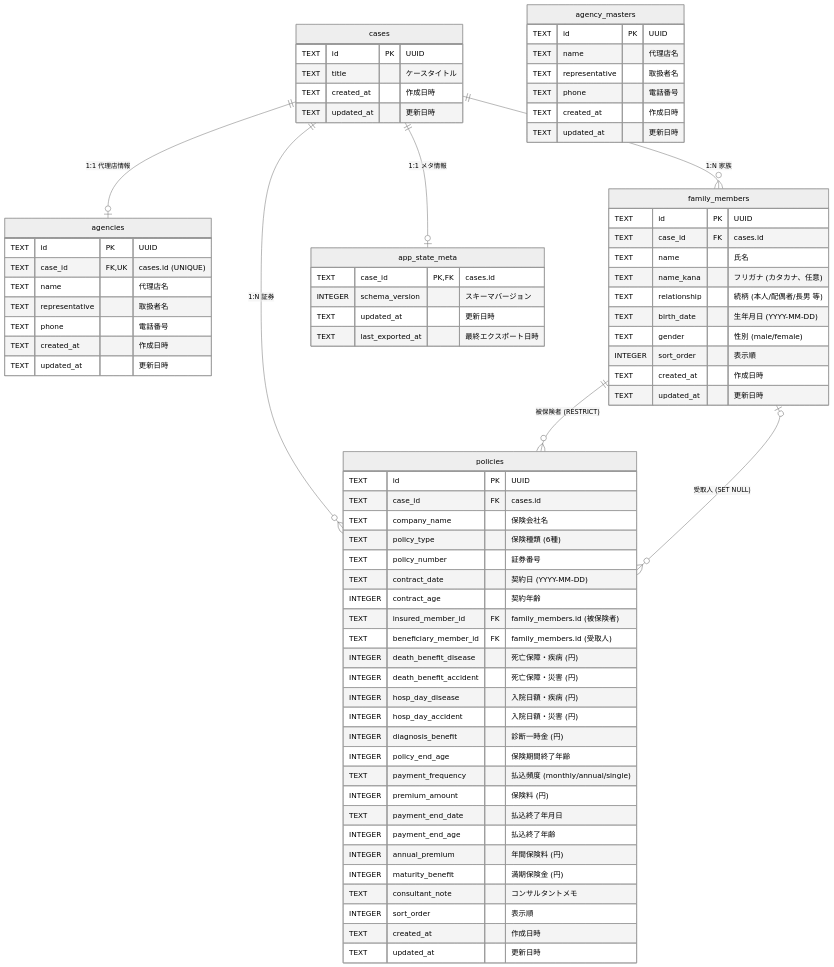
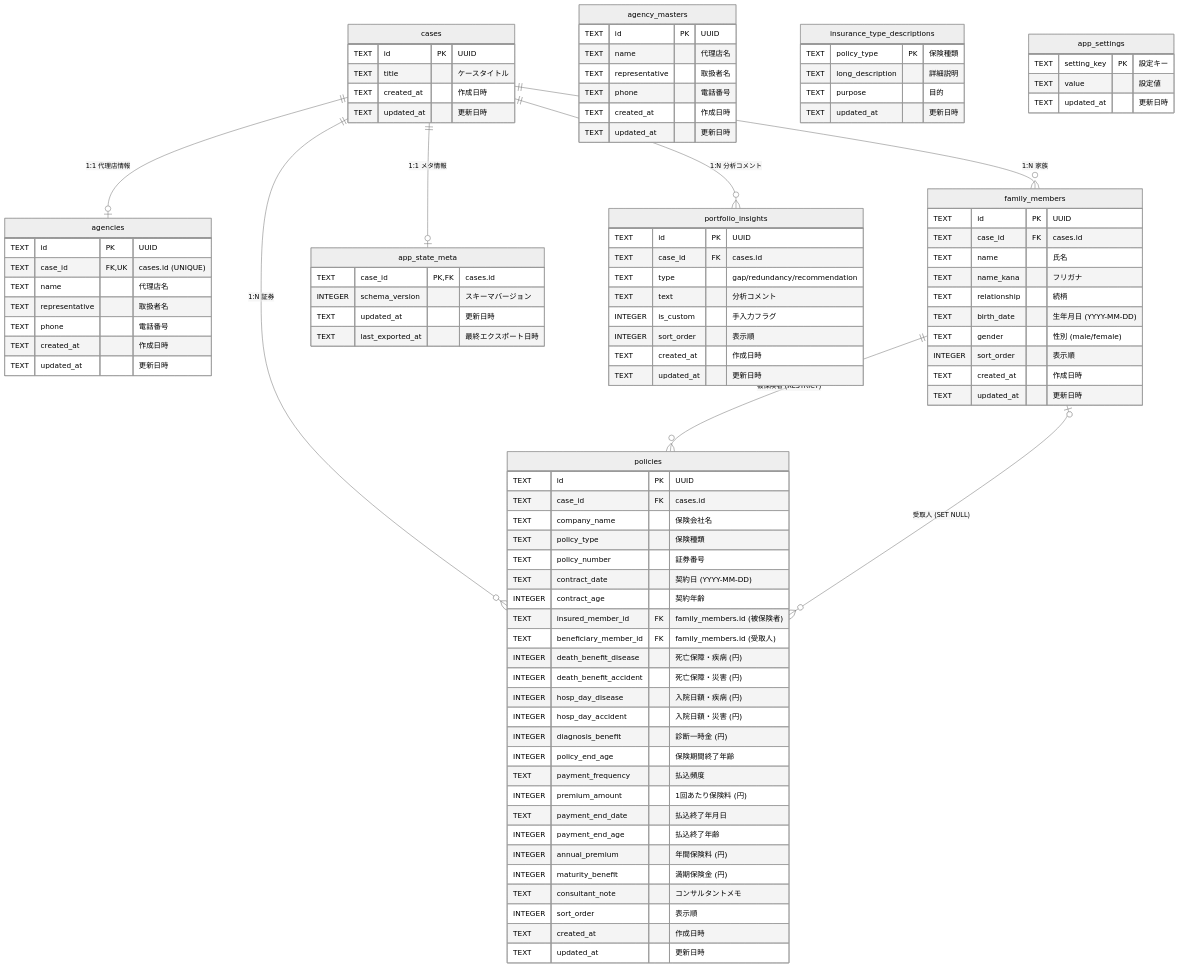
Before and after one commit to t-kojima-biz/insurance-app: the diagram in docs/er-diagram.md, drawn with Mermaid (neutral theme). The commit also changed other lines of this file and 2 other files, not shown here.

Commit message:
ドキュメントを現行仕様に更新

````diff
--- a/docs/er-diagram.md
+++ b/docs/er-diagram.md
@@ -23,8 +23,8 @@
         TEXT id PK "UUID"
         TEXT case_id FK "cases.id"
         TEXT name "氏名"
-        TEXT name_kana "フリガナ (カタカナ、任意)"
-        TEXT relationship "続柄 (本人/配偶者/長男 等)"
+        TEXT name_kana "フリガナ"
+        TEXT relationship "続柄"
         TEXT birth_date "生年月日 (YYYY-MM-DD)"
         TEXT gender "性別 (male/female)"
         INTEGER sort_order "表示順"
@@ -36,7 +36,7 @@
         TEXT id PK "UUID"
         TEXT case_id FK "cases.id"
         TEXT company_name "保険会社名"
-        TEXT policy_type "保険種類 (6種)"
+        TEXT policy_type "保険種類"
         TEXT policy_number "証券番号"
         TEXT contract_date "契約日 (YYYY-MM-DD)"
         INTEGER contract_age "契約年齢"
@@ -48,8 +48,8 @@
         INTEGER hosp_day_accident "入院日額・災害 (円)"
         INTEGER diagnosis_benefit "診断一時金 (円)"
         INTEGER policy_end_age "保険期間終了年齢"
-        TEXT payment_frequency "払込頻度 (monthly/annual/single)"
-        INTEGER premium_amount "保険料 (円)"
+        TEXT payment_frequency "払込頻度"
+        INTEGER premium_amount "1回あたり保険料 (円)"
         TEXT payment_end_date "払込終了年月日"
         INTEGER payment_end_age "払込終了年齢"
         INTEGER annual_premium "年間保険料 (円)"
@@ -76,10 +76,35 @@
         TEXT updated_at "更新日時"
     }
 
+    insurance_type_descriptions {
+        TEXT policy_type PK "保険種類"
+        TEXT long_description "詳細説明"
+        TEXT purpose "目的"
+        TEXT updated_at "更新日時"
+    }
+
+    portfolio_insights {
+        TEXT id PK "UUID"
+        TEXT case_id FK "cases.id"
+        TEXT type "gap/redundancy/recommendation"
+        TEXT text "分析コメント"
+        INTEGER is_custom "手入力フラグ"
+        INTEGER sort_order "表示順"
+        TEXT created_at "作成日時"
+        TEXT updated_at "更新日時"
+    }
+
+    app_settings {
+        TEXT setting_key PK "設定キー"
+        TEXT value "設定値"
+        TEXT updated_at "更新日時"
+    }
+
     cases ||--o| agencies : "1:1 代理店情報"
     cases ||--o{ family_members : "1:N 家族"
     cases ||--o{ policies : "1:N 証券"
     cases ||--o| app_state_meta : "1:1 メタ情報"
+    cases ||--o{ portfolio_insights : "1:N 分析コメント"
     family_members ||--o{ policies : "被保険者 (RESTRICT)"
     family_members |o--o{ policies : "受取人 (SET NULL)"
 ```
````
